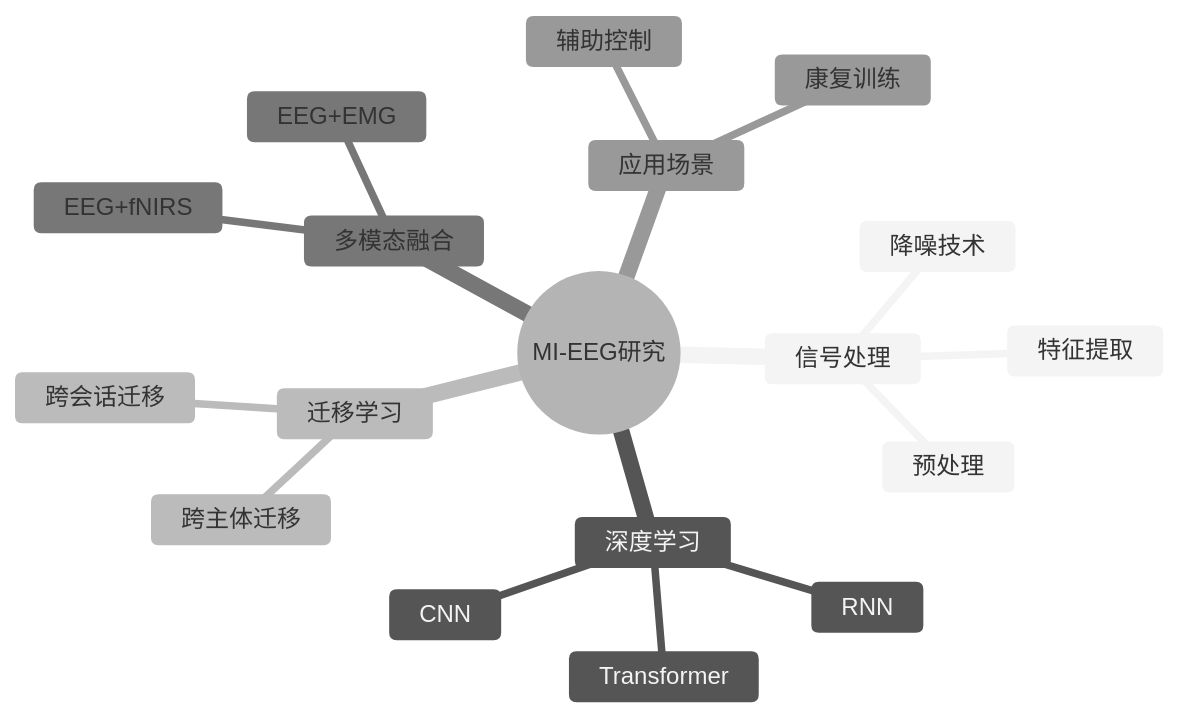
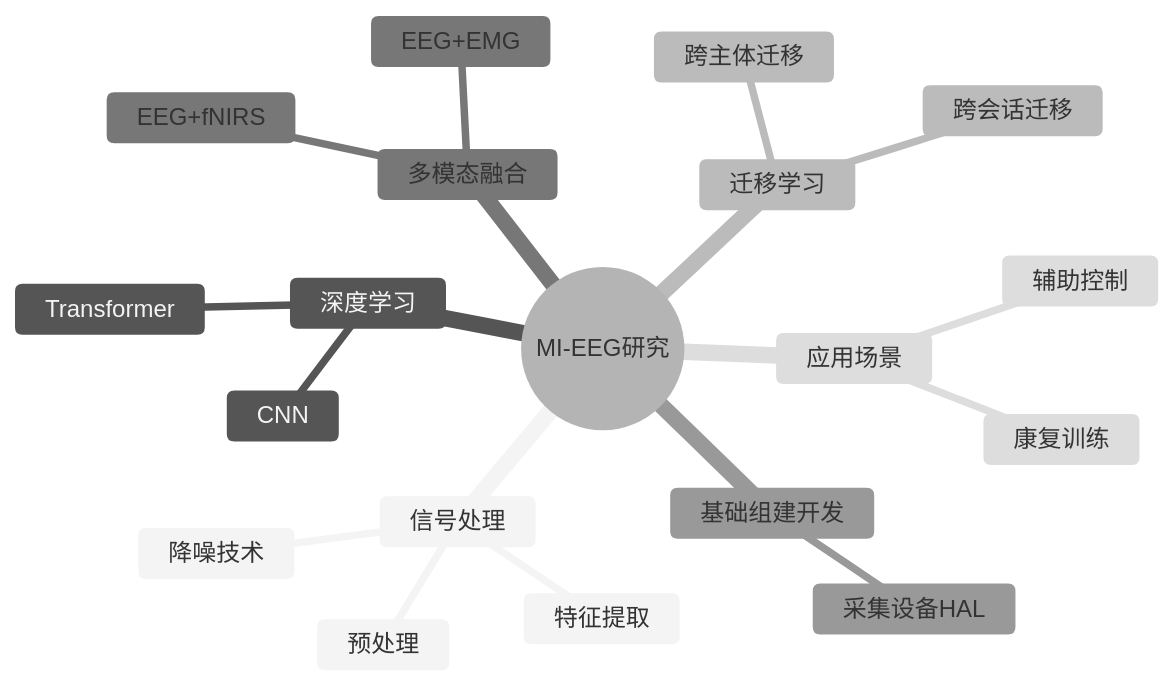
The diagram in README.md (Ktn1ga/Ktn1ga), drawn with Mermaid (neutral theme) before and after one commit.

````diff
--- a/README.md
+++ b/README.md
@@ -88,21 +88,22 @@
 ```mermaid
 mindmap
   root((MI-EEG研究))
     信号处理
       预处理
       特征提取
       降噪技术
     深度学习
       CNN
-      RNN
       Transformer
     迁移学习
       跨主体迁移
       跨会话迁移
     多模态融合
       EEG+EMG
       EEG+fNIRS
+    基础组建开发
+        采集设备HAL
     应用场景
       康复训练
       辅助控制
 ```
````
